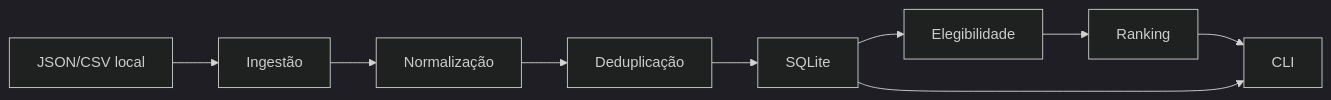
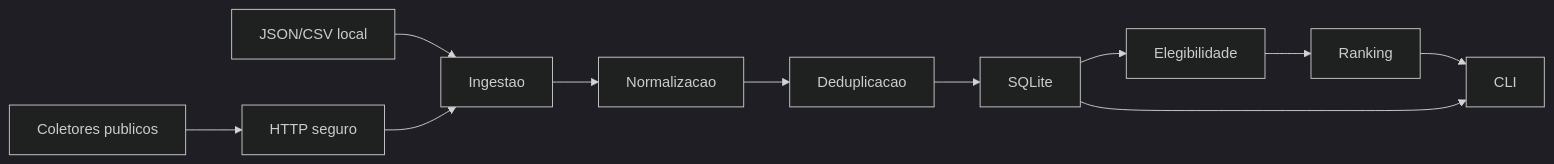
Before and after one commit to Islayder/JobSearch: the diagram in docs/architecture.md, drawn with Mermaid (dark theme). The commit also changed other lines of this file and 67 other files, not shown here.

````diff
--- a/docs/architecture.md
+++ b/docs/architecture.md
@@ -17,11 +19,13 @@
 ```mermaid
 flowchart LR
-    A["JSON/CSV local"] --> B["Ingestão"]
-    B --> C["Normalização"]
-    C --> D["Deduplicação"]
-    D --> E["SQLite"]
-    E --> F["Elegibilidade"]
-    F --> G["Ranking"]
-    G --> H["CLI"]
-    E --> H
+    A["JSON/CSV local"] --> C["Ingestao"]
+    B["Coletores publicos"] --> H["HTTP seguro"]
+    H --> C
+    C --> D["Normalizacao"]
+    D --> E["Deduplicacao"]
+    E --> F["SQLite"]
+    F --> G["Elegibilidade"]
+    G --> R["Ranking"]
+    R --> I["CLI"]
+    F --> I
 ```
````
